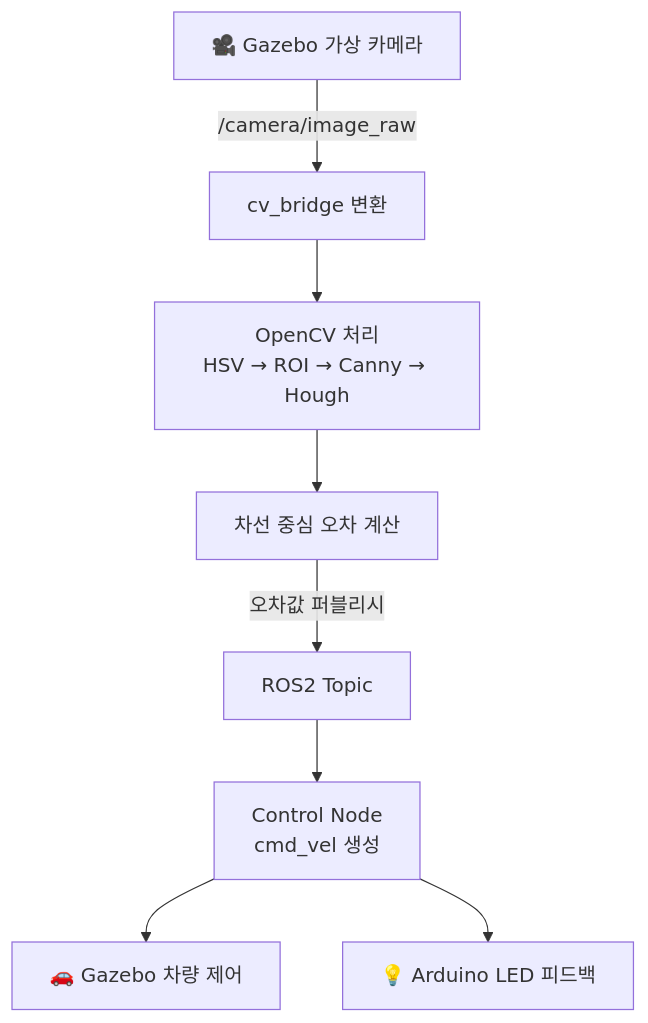
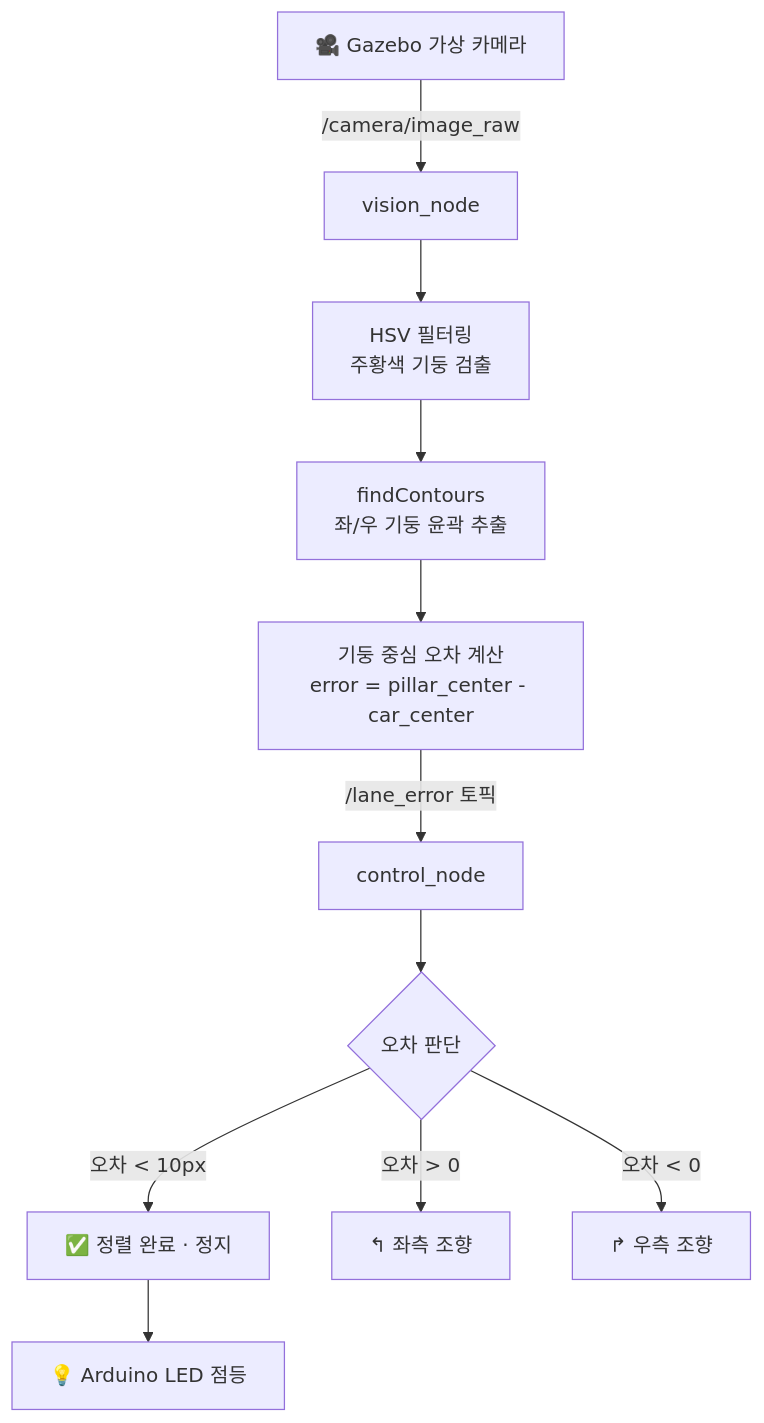
The diagram in README.md (jinnnih/Mini_Project), drawn with Mermaid before and after one commit. The commit also changed other lines of this file, not shown here.

````diff
--- a/README.md
+++ b/README.md
@@ -61,10 +85,13 @@
 ```mermaid
 flowchart TD
-    A[🎥 Gazebo 가상 카메라] -->|/camera/image_raw| B[cv_bridge 변환]
-    B --> C[OpenCV 처리\nHSV → ROI → Canny → Hough]
-    C --> D[차선 중심 오차 계산]
-    D -->|오차값 퍼블리시| E[ROS2 Topic]
-    E --> F[Control Node\ncmd_vel 생성]
-    F --> G[🚗 Gazebo 차량 제어]
-    F --> H[💡 Arduino LED 피드백]
+    A[🎥 Gazebo 가상 카메라] -->|/camera/image_raw| B[vision_node]
+    B --> C[HSV 필터링\n주황색 기둥 검출]
+    C --> D[findContours\n좌/우 기둥 윤곽 추출]
+    D --> E[기둥 중심 오차 계산\nerror = pillar_center - car_center]
+    E -->|/lane_error 토픽| F[control_node]
+    F --> G{오차 판단}
+    G -->|오차 < 10px| H[✅ 정렬 완료 · 정지]
+    G -->|오차 > 0| I[↰ 좌측 조향]
+    G -->|오차 < 0| J[↱ 우측 조향]
+    H --> K[💡 Arduino LED 점등]
 ```
````
